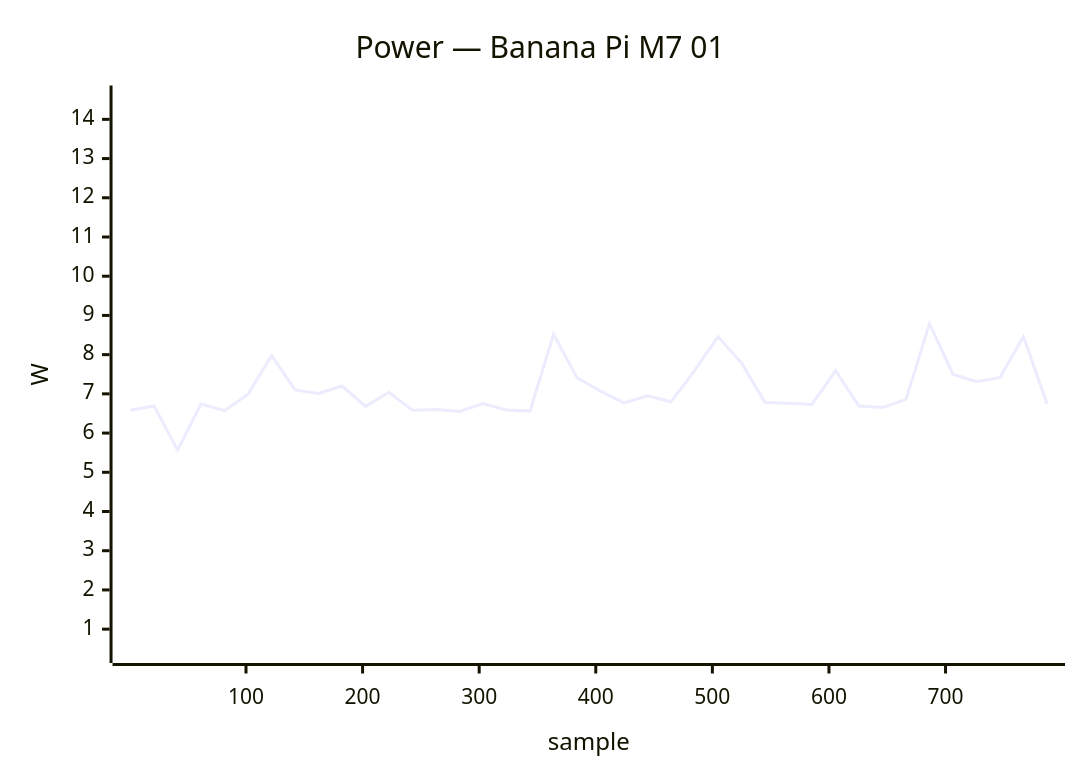
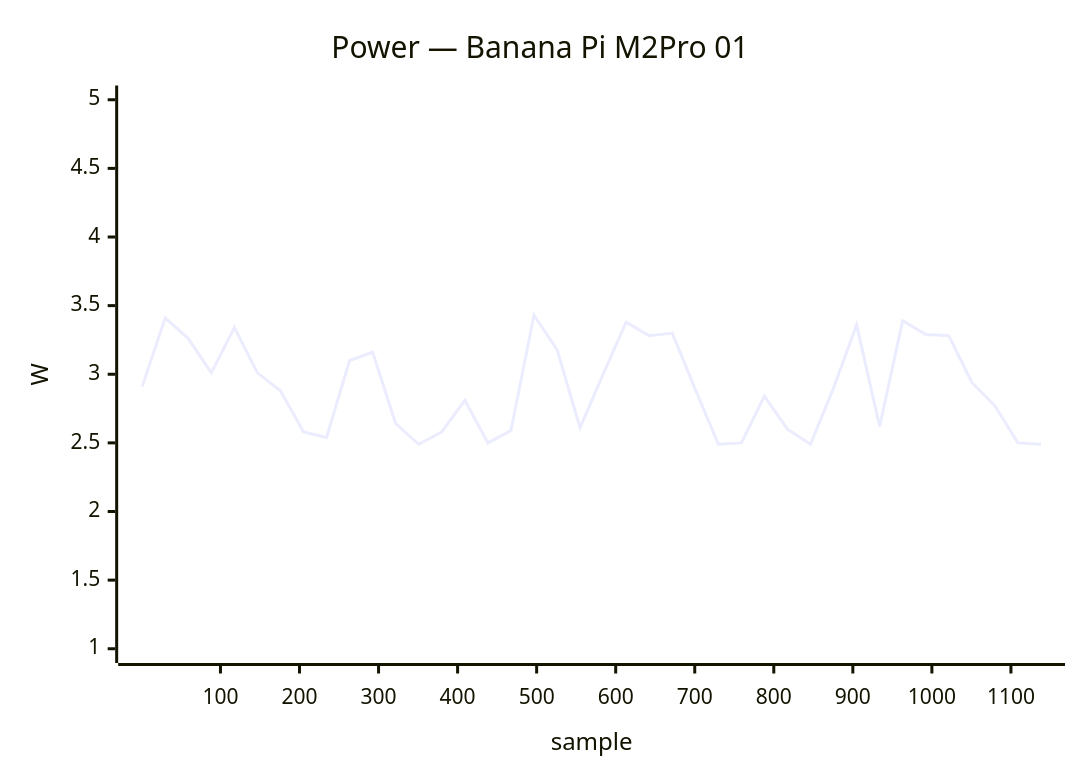
One commit to armbian/documentation changed the ninth of 40 diagrams in docs/status/board-tests.md. Above: the diagram before and after it, drawn with Mermaid. The commit also changed other lines of this file, not shown here.

````diff
--- a/docs/status/board-tests.md
+++ b/docs/status/board-tests.md
@@ -394,7 +356,7 @@
 ```mermaid
 xychart-beta
-    title "Power — Banana Pi M7 01"
-    x-axis "sample" 1 --> 787
-    y-axis "W" 0.5 --> 14.5
-    line [6.58, 6.69, 5.57, 6.74, 6.57, 6.99, 7.98, 7.10, 7.01, 7.20, 6.68, 7.04, 6.58, 6.60, 6.55, 6.75, 6.59, 6.56, 8.52, 7.41, 7.07, 6.77, 6.95, 6.80, 7.59, 8.46, 7.79, 6.78, 6.76, 6.73, 7.59, 6.69, 6.65, 6.86, 8.79, 7.50, 7.31, 7.42, 8.46, 6.75]
+    title "Power — Banana Pi M2Pro 01"
+    x-axis "sample" 1 --> 1138
+    y-axis "W" 1.0 --> 5.0
+    line [2.91, 3.41, 3.26, 3.01, 3.34, 3.01, 2.88, 2.58, 2.54, 3.10, 3.16, 2.64, 2.49, 2.58, 2.81, 2.50, 2.59, 3.43, 3.18, 2.61, 3.00, 3.38, 3.28, 3.30, 2.89, 2.49, 2.50, 2.84, 2.60, 2.49, 2.90, 3.36, 2.62, 3.39, 3.29, 3.28, 2.94, 2.77, 2.50, 2.49]
 ```
````
